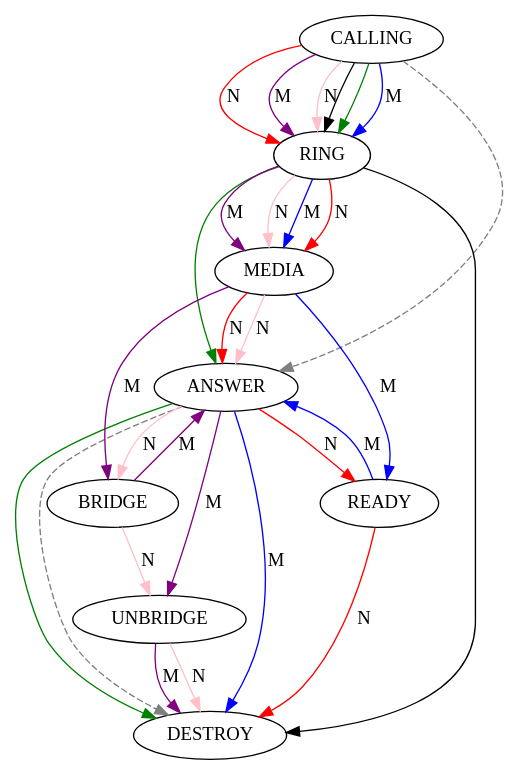
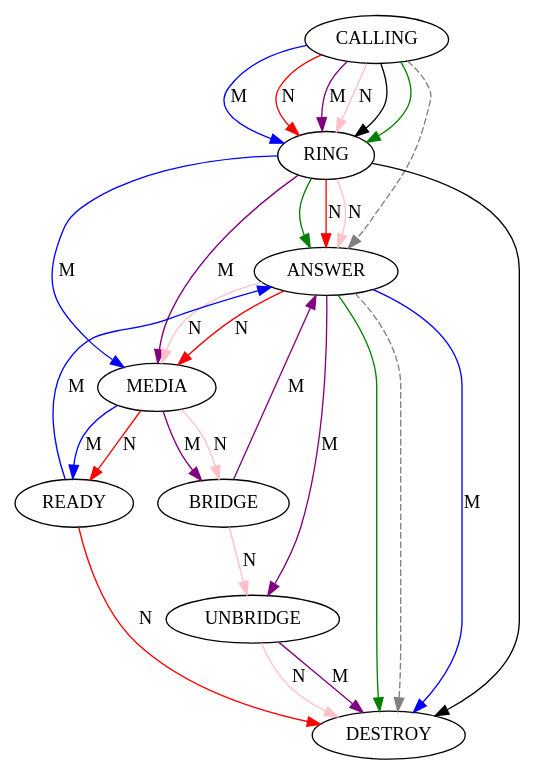
The second of 2 diagrams in core/README.md (xswitch-cn/xctrl), drawn with Graphviz before and after one commit.

````diff
--- a/core/README.md
+++ b/core/README.md
@@ -311,11 +311,11 @@
 ```graphviz
 digraph G {
 	CALLING -> RING -> DESTROY
 	CALLING -> RING -> ANSWER -> DESTROY[color=green]
 	CALLING -> ANSWER -> DESTROY[style=dashed color=grey]
 	CALLING -> RING -> MEDIA -> READY -> ANSWER -> DESTROY[color=blue label="M"]
-	CALLING -> RING -> MEDIA -> ANSWER -> READY-> DESTROY[color=red label="N"]
+	CALLING -> RING -> ANSWER -> MEDIA -> READY-> DESTROY[color=red label="N"]
 	CALLING -> RING -> MEDIA -> BRIDGE -> ANSWER -> UNBRIDGE -> DESTROY[color=purple label="M"]
-	CALLING -> RING -> MEDIA -> ANSWER -> BRIDGE -> UNBRIDGE -> DESTROY[color=pink label=N]
+	CALLING -> RING -> ANSWER -> MEDIA -> BRIDGE -> UNBRIDGE -> DESTROY[color=pink label=N]
 }
 ```
````
